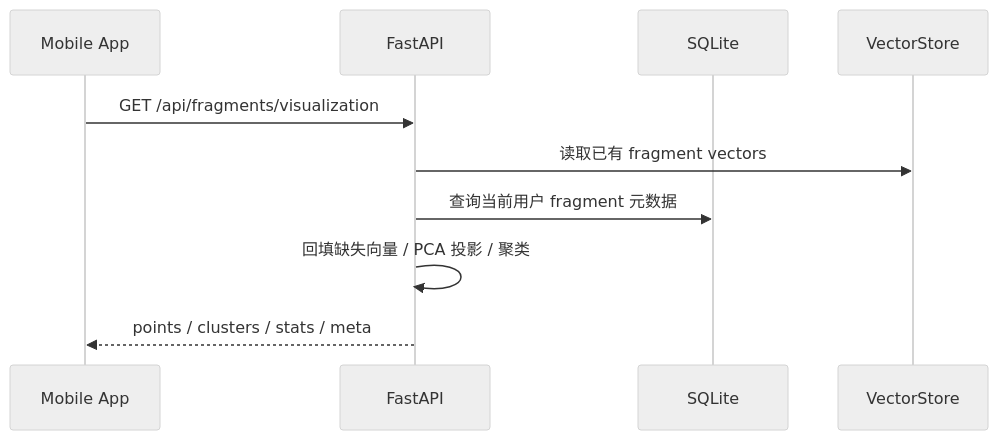
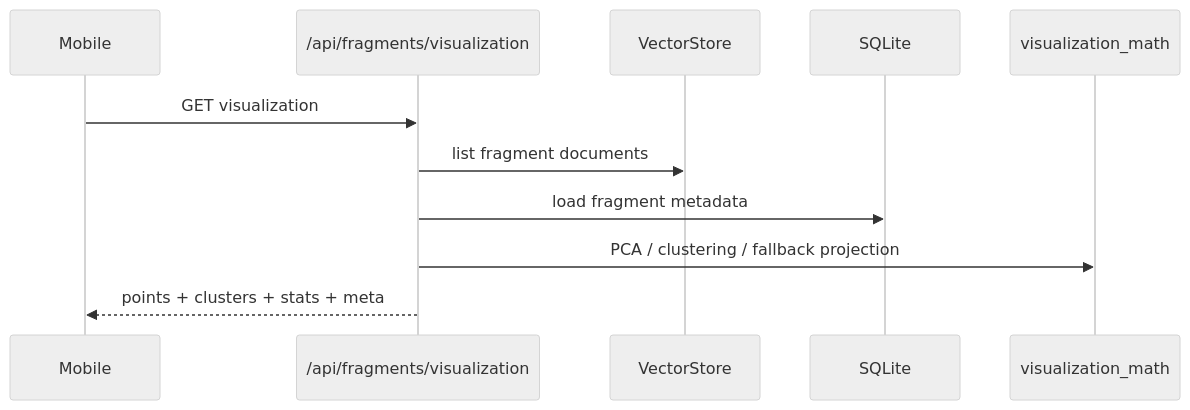
Before and after one commit to YCZA2/SparkFlow: the sixth of 7 diagrams in memory-bank/architecture.md, drawn with Mermaid (neutral theme). The commit also changed other lines of this file and 11 other files, not shown here.

````diff
--- a/memory-bank/architecture.md
+++ b/memory-bank/architecture.md
@@ -238,13 +229,14 @@
 ```mermaid
 sequenceDiagram
-    participant App as Mobile App
-    participant API as FastAPI
+    participant App as Mobile
+    participant API as /api/fragments/visualization
+    participant VDB as VectorStore
     participant DB as SQLite
-    participant VDB as VectorStore
+    participant Math as visualization_math
 
-    App->>API: GET /api/fragments/visualization
-    API->>VDB: 读取已有 fragment vectors
-    API->>DB: 查询当前用户 fragment 元数据
-    API->>API: 回填缺失向量 / PCA 投影 / 聚类
-    API-->>App: points / clusters / stats / meta
+    App->>API: GET visualization
+    API->>VDB: list fragment documents
+    API->>DB: load fragment metadata
+    API->>Math: PCA / clustering / fallback projection
+    API-->>App: points + clusters + stats + meta
 ```
````
